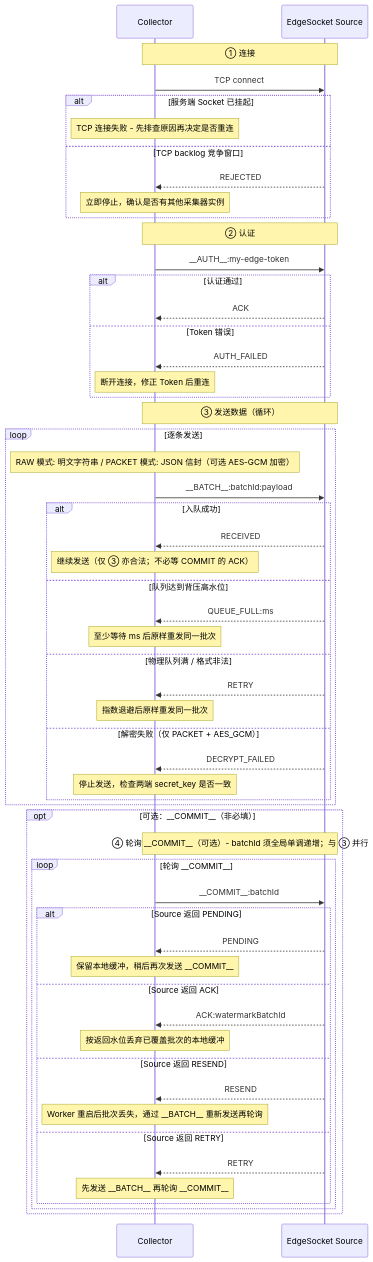
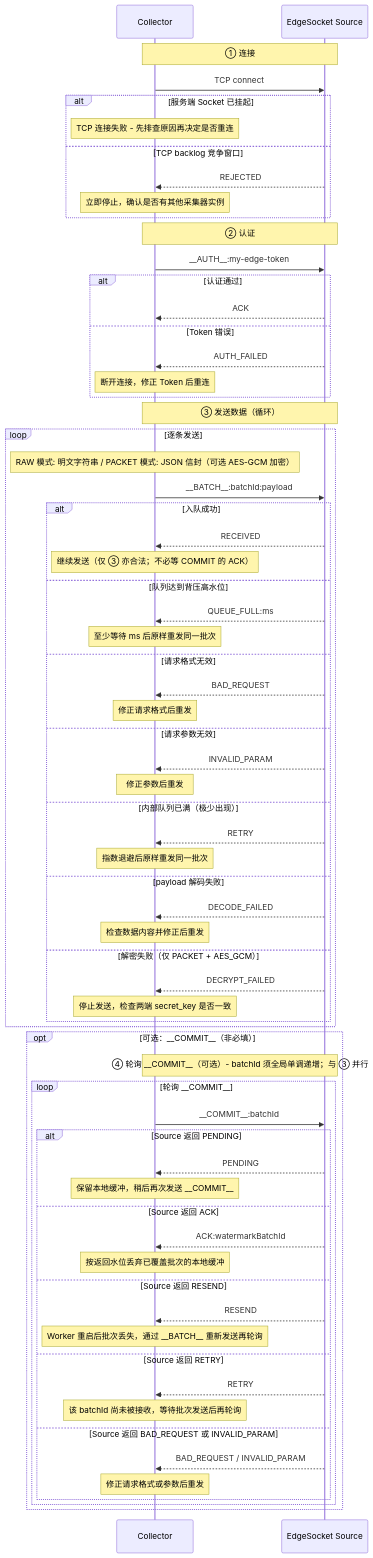
Before and after one commit to apache/seatunnel: the diagram in docs/zh/connectors/source/EdgeSocket.md, drawn with Mermaid. The commit also changed other lines of this file and 14 other files, not shown here.

````diff
--- a/docs/zh/connectors/source/EdgeSocket.md
+++ b/docs/zh/connectors/source/EdgeSocket.md
@@ -351,62 +359,74 @@
 ```mermaid
 sequenceDiagram
     participant C as Collector
     participant S as EdgeSocket Source
 
     Note over C,S: ① 连接
     C->>S: TCP connect
     alt 服务端 Socket 已挂起
         Note over C: TCP 连接失败 - 先排查原因再决定是否重连
     else TCP backlog 竞争窗口
         S-->>C: REJECTED
         Note over C: 立即停止，确认是否有其他采集器实例
     end
 
     Note over C,S: ② 认证
     C->>S: __AUTH__:my-edge-token
     alt 认证通过
         S-->>C: ACK
     else Token 错误
         S-->>C: AUTH_FAILED
         Note over C: 断开连接，修正 Token 后重连
     end
 
     Note over C,S: ③ 发送数据（循环）
     loop 逐条发送
         Note over C: RAW 模式: 明文字符串 / PACKET 模式: JSON 信封（可选 AES-GCM 加密）
         C->>S: __BATCH__:batchId:payload
         alt 入队成功
             S-->>C: RECEIVED
             Note over C: 继续发送（仅 ③ 亦合法；不必等 COMMIT 的 ACK）
         else 队列达到背压高水位
             S-->>C: QUEUE_FULL:ms
             Note over C: 至少等待 ms 后原样重发同一批次
-        else 物理队列满 / 格式非法
+        else 请求格式无效
+            S-->>C: BAD_REQUEST
+            Note over C: 修正请求格式后重发
+        else 请求参数无效
+            S-->>C: INVALID_PARAM
+            Note over C: 修正参数后重发
+        else 内部队列已满（极少出现）
             S-->>C: RETRY
             Note over C: 指数退避后原样重发同一批次
+        else payload 解码失败
+            S-->>C: DECODE_FAILED
+            Note over C: 检查数据内容并修正后重发
         else 解密失败（仅 PACKET + AES_GCM）
             S-->>C: DECRYPT_FAILED
             Note over C: 停止发送，检查两端 secret_key 是否一致
         end
     end
 
     opt 可选：__COMMIT__（非必填）
         Note over C,S: ④ 轮询 __COMMIT__（可选）- batchId 须全局单调递增；与 ③ 并行
         loop 轮询 __COMMIT__
             C->>S: __COMMIT__:batchId
             alt Source 返回 PENDING
                 S-->>C: PENDING
                 Note over C: 保留本地缓冲，稍后再次发送 __COMMIT__
             else Source 返回 ACK
                 S-->>C: ACK:watermarkBatchId
                 Note over C: 按返回水位丢弃已覆盖批次的本地缓冲
             else Source 返回 RESEND
                 S-->>C: RESEND
                 Note over C: Worker 重启后批次丢失，通过 __BATCH__ 重新发送再轮询
             else Source 返回 RETRY
                 S-->>C: RETRY
-                Note over C: 先发送 __BATCH__ 再轮询 __COMMIT__
+                Note over C: 该 batchId 尚未被接收，等待批次发送后再轮询
+            else Source 返回 BAD_REQUEST 或 INVALID_PARAM
+                S-->>C: BAD_REQUEST / INVALID_PARAM
+                Note over C: 修正请求格式或参数后重发
             end
         end
     end
 ```
````
